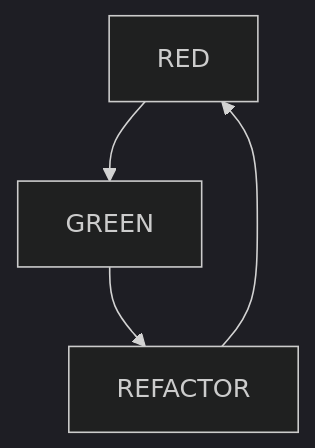
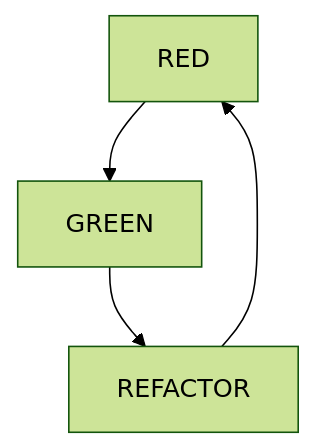
The diagram in README.md (segin-GH/TDD-4-Embedded), drawn with Mermaid before and after one commit.

````diff
--- a/README.md
+++ b/README.md
@@ -11,5 +11,5 @@
 ```mermaid
-%%{init: { 'theme': 'dark' } }%%
+%%{init: {'theme': 'forest','textColor' : '#000000', "flowchart" : { "curve" : "basis" } } }%%
 graph TD;
 RED-->GREEN-->REFACTOR-->RED
 ```
````
